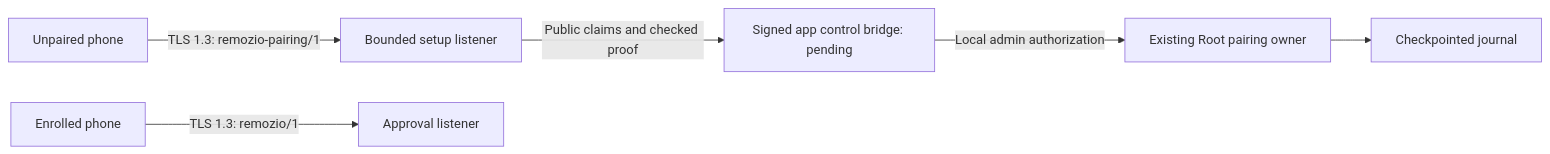
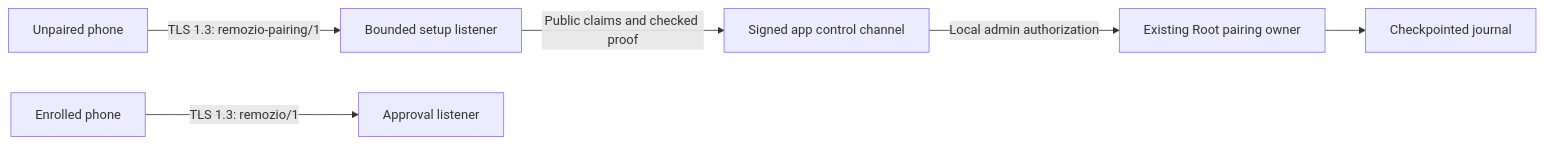
The diagram in docs/macos-pairing-setup-exchange.md (fourlastor/remozio), drawn with Mermaid before and after one commit. The commit also changed other lines of this file and 21 other files, not shown here.

First line of the commit message:
Connect the Mac app to transport pairing control (#369)

````diff
--- a/docs/macos-pairing-setup-exchange.md
+++ b/docs/macos-pairing-setup-exchange.md
@@ -6,8 +6,8 @@
 ```mermaid
 flowchart LR
     Phone[Unpaired phone] -->|TLS 1.3: remozio-pairing/1| Setup[Bounded setup listener]
-    Setup -->|Public claims and checked proof| App[Signed app control bridge: pending]
+    Setup -->|Public claims and checked proof| App[Signed app control channel]
     App -->|Local admin authorization| Root[Existing Root pairing owner]
     Root --> Journal[Checkpointed journal]
     Enrolled[Enrolled phone] -->|TLS 1.3: remozio/1| Approval[Approval listener]
 ```
````
